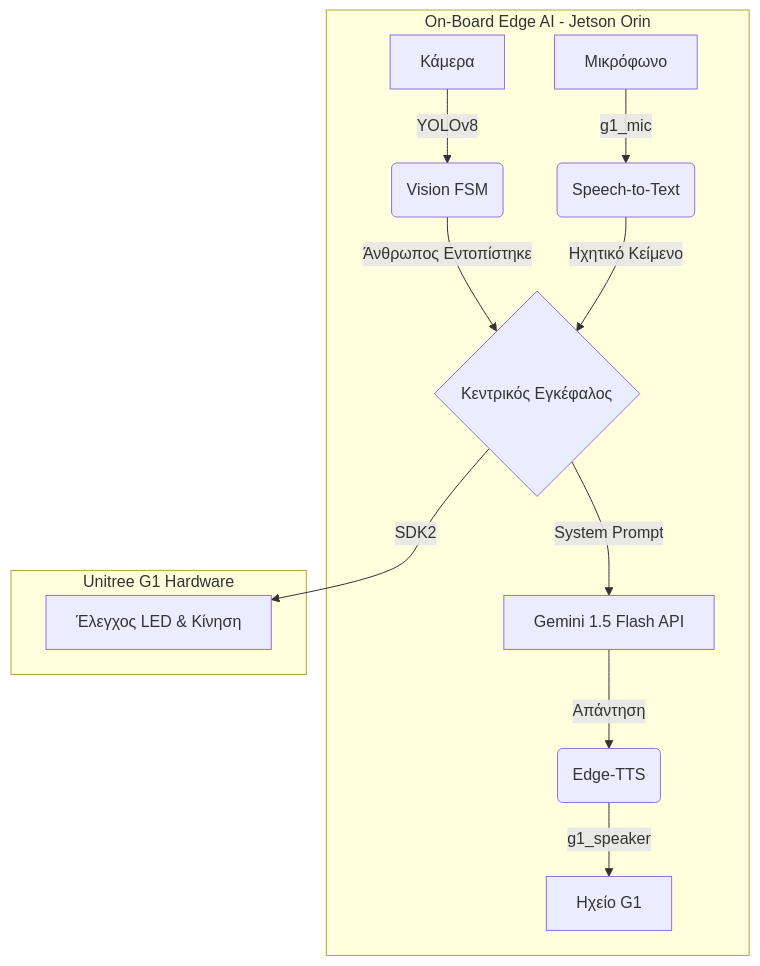
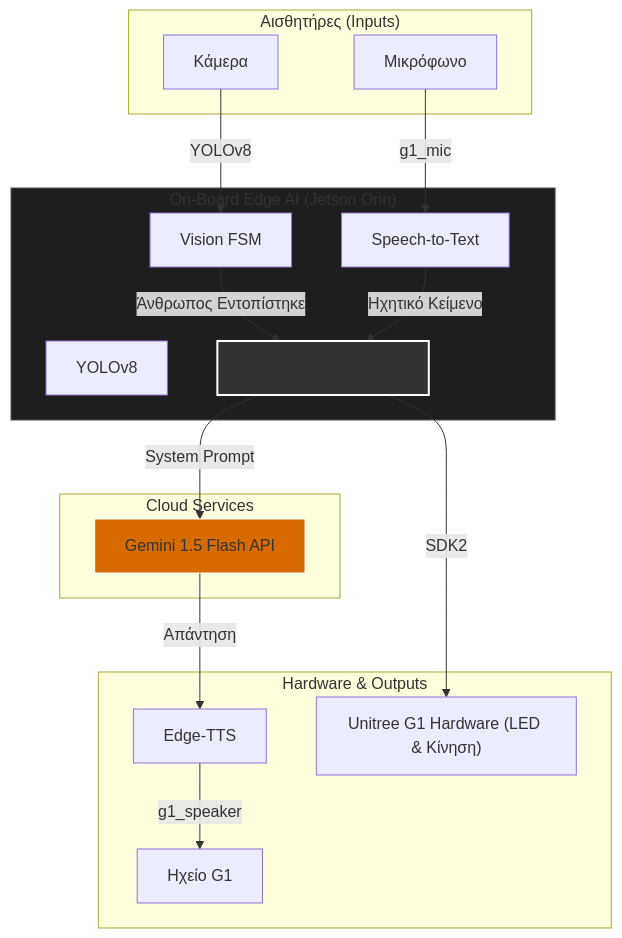
Before and after one commit to GeoZach08/UnitreeG1-Autonomous-Edge-AI-Voice-Interaction-for-Unitree-G1: the diagram in README.md, drawn with Mermaid.

Commit message:
Enhance README with detailed system architecture

````diff
--- a/README.md
+++ b/README.md
@@ -7,15 +7,46 @@
 ```mermaid
 graph TD
-    subgraph Jetson Orin [On-Board Edge AI - Jetson Orin]
-        A[Κάμερα] -->|YOLOv8| B(Vision FSM)
-        M[Μικρόφωνο] -->|g1_mic| C(Speech-to-Text)
-        B -->|Άνθρωπος Εντοπίστηκε| D{Κεντρικός Εγκέφαλος}
-        C -->|Ηχητικό Κείμενο| D
-        D -->|System Prompt| E[Gemini 1.5 Flash API]
-        E -->|Απάντηση| F(Edge-TTS)
-        F -->|g1_speaker| S[Ηχείο G1]
+    %% Input Sources
+    subgraph Inputs ["Αισθητήρες (Inputs)"]
+        Camera["Κάμερα"]
+        Mic["Μικρόφωνο"]
     end
-    subgraph Unitree G1 Hardware
-        D -->|SDK2| L[Έλεγχος LED & Κίνηση]
+
+    %% Processing & Edge AI
+    subgraph EdgeAI ["On-Board Edge AI (Jetson Orin)"]
+        Yolo["YOLOv8"]
+        VisionFSM["Vision FSM"]
+        StT["Speech-to-Text"]
+        Brain["Κεντρικός Εγκέφαλος"]
     end
+
+    %% Cloud / External AI
+    subgraph Cloud ["Cloud Services"]
+        Gemini["Gemini 1.5 Flash API"]
+    end
+
+    %% Outputs & Actuators
+    subgraph Outputs ["Hardware & Outputs"]
+        TTS["Edge-TTS"]
+        Speaker["Ηχείο G1"]
+        Hardware["Unitree G1 Hardware (LED & Κίνηση)"]
+    end
+
+    %% Connections
+    Camera -->|YOLOv8| VisionFSM
+    Mic -->|g1_mic| StT
+    
+    VisionFSM -->|Άνθρωπος Εντοπίστηκε| Brain
+    StT -->|Ηχητικό Κείμενο| Brain
+
+    Brain -->|SDK2| Hardware
+    Brain -->|System Prompt| Gemini
+    
+    Gemini -->|Απάντηση| TTS
+    TTS -->|g1_speaker| Speaker
+
+    %% Styling
+    style Brain fill:#333,stroke:#fff,stroke-width:2px;
+    style Gemini fill:#d86b00,stroke:#fff,stroke-width:1px;
+    style EdgeAI fill:#1e1e1e,stroke:#555,stroke-width:1px;
 ```
````
